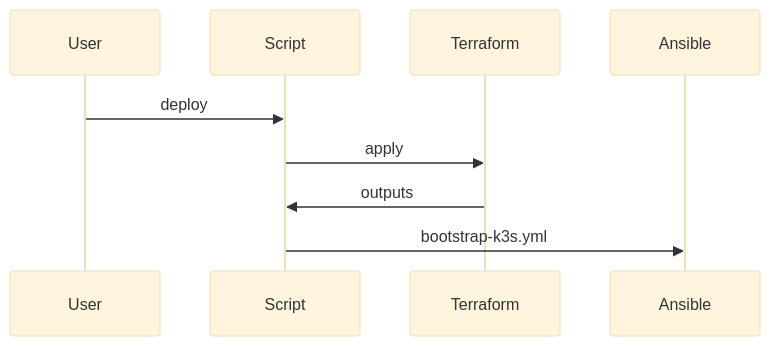
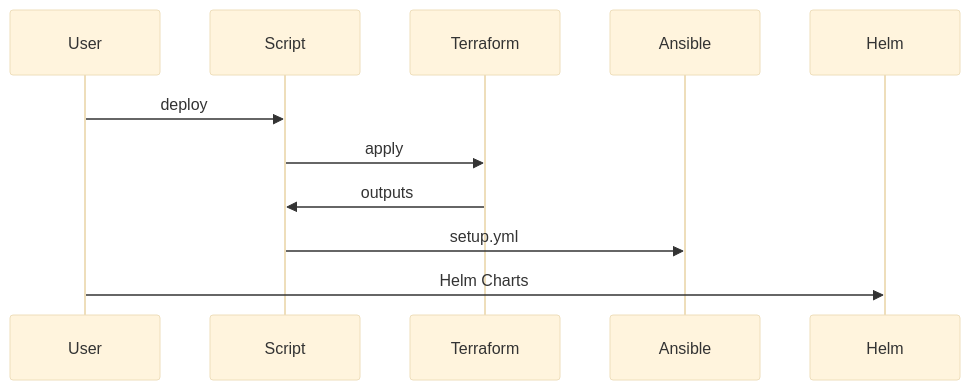
Before and after one commit to lazerdude-labs/k3s_homelab: the fourth of 4 diagrams in README.md, drawn with Mermaid (base theme). The commit also changed other lines of this file and 6 other files, not shown here.

````diff
--- a/README.md
+++ b/README.md
@@ -226,12 +227,14 @@
 ```mermaid
 sequenceDiagram
     participant User
     participant Script
     participant Terraform
     participant Ansible
+    participant Helm
 
     User->>Script: deploy
     Script->>Terraform: apply
     Terraform->>Script: outputs
-    Script->>Ansible: bootstrap-k3s.yml
+    Script->>Ansible: setup.yml
+    User->>Helm: Helm Charts
 ```
````
